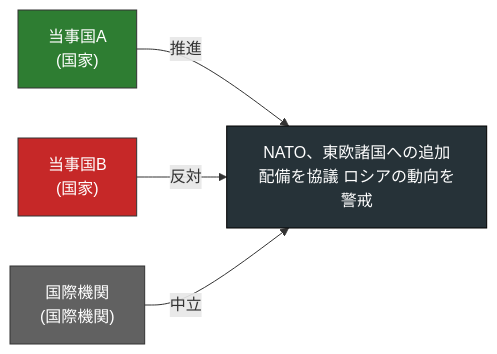
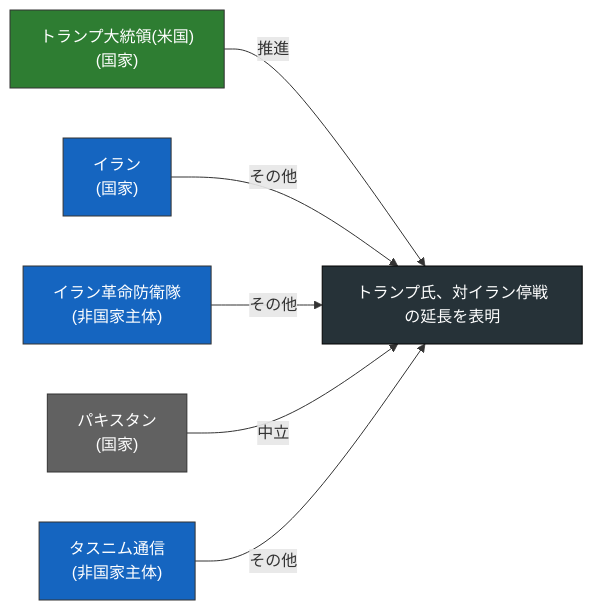
One commit to YUUUyutaro/tiseigaku changed the second of 25 diagrams in docs/reports/2026-04-22.md. Above: the diagram before and after it, drawn with Mermaid. The commit also changed other lines of this file and 3 other files, not shown here.

````diff
--- a/docs/reports/2026-04-22.md
+++ b/docs/reports/2026-04-22.md
@@ -33,14 +34,20 @@
 ```mermaid
 flowchart LR
-  T["NATO、東欧諸国への追加配備を協議 ロシアの動向を警戒"]
-  A0["当事国A\n(国家)"]
+  T["トランプ氏、対イラン停戦の延長を表明"]
+  A0["トランプ大統領(米国)\n(国家)"]
   A0 -- 推進 --> T
   style A0 fill:#2e7d32,color:#fff,stroke:#333
-  A1["当事国B\n(国家)"]
-  A1 -- 反対 --> T
-  style A1 fill:#c62828,color:#fff,stroke:#333
-  A2["国際機関\n(国際機関)"]
-  A2 -- 中立 --> T
-  style A2 fill:#616161,color:#fff,stroke:#333
+  A1["イラン\n(国家)"]
+  A1 -- その他 --> T
+  style A1 fill:#1565c0,color:#fff,stroke:#333
+  A2["イラン革命防衛隊\n(非国家主体)"]
+  A2 -- その他 --> T
+  style A2 fill:#1565c0,color:#fff,stroke:#333
+  A3["パキスタン\n(国家)"]
+  A3 -- 中立 --> T
+  style A3 fill:#616161,color:#fff,stroke:#333
+  A4["タスニム通信\n(非国家主体)"]
+  A4 -- その他 --> T
+  style A4 fill:#1565c0,color:#fff,stroke:#333
   style T fill:#263238,color:#fff,stroke:#000
 ```
````
